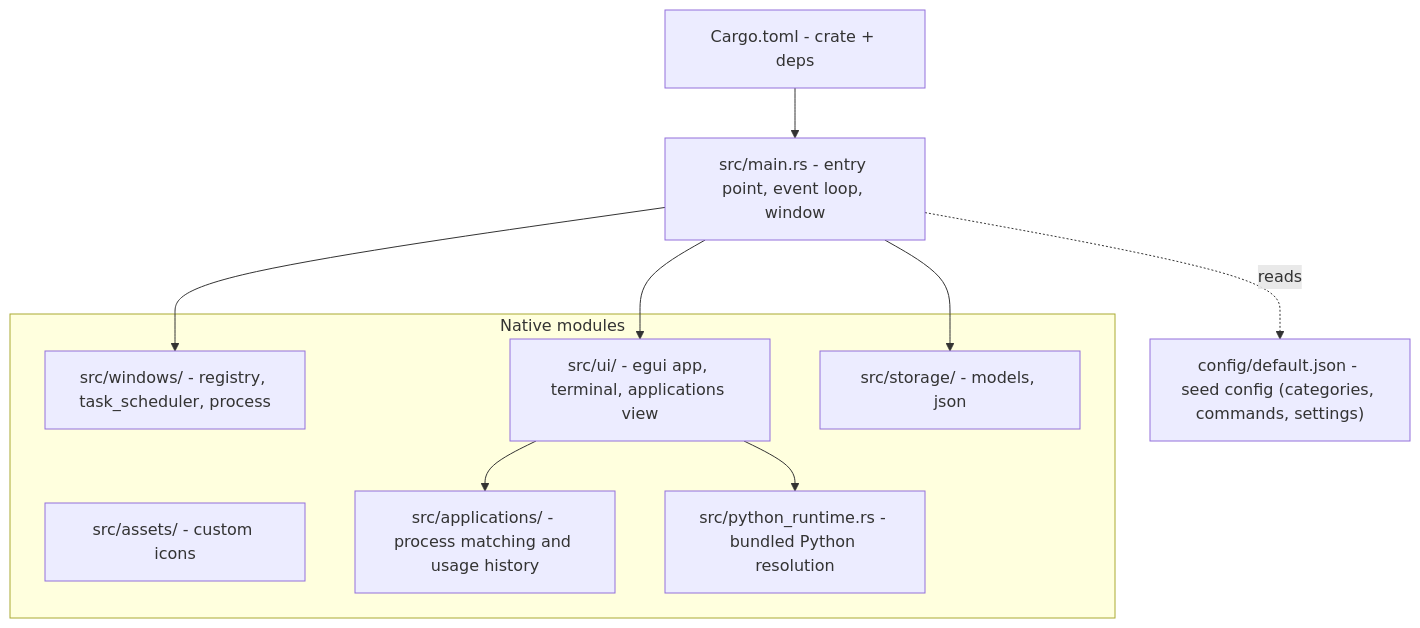
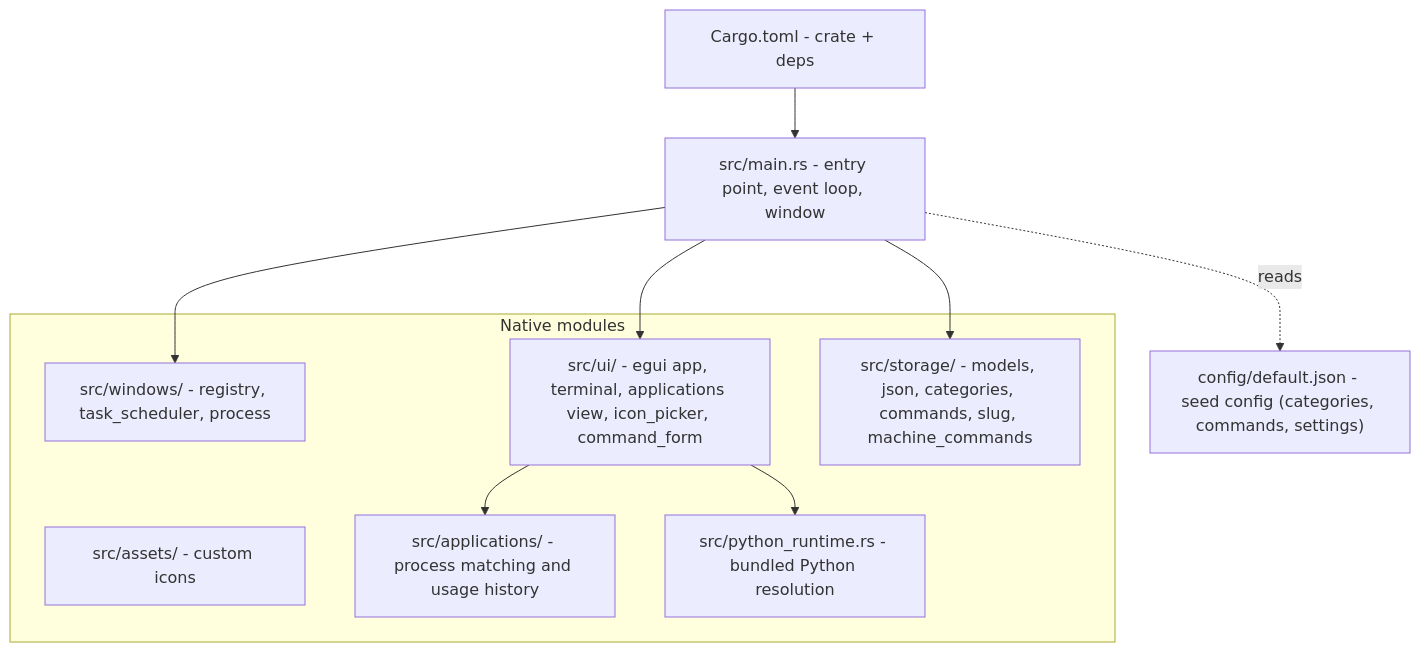
Before and after one commit to RebelliousSmile/DevToolBox: the diagram in aidd_docs/memory/codebase-map.md, drawn with Mermaid. The commit also changed 1 other file, not shown here.

Commit message:
docs: capture learnings from the preferences-config-editor plan
New decision record for the Préférences variant-group row consolidation
(and the move_atom rotate_left-vs-splice gotcha it surfaced), plus a
codebase-map.md refresh for the new storage/ui modules this plan added.

````diff
--- a/aidd_docs/memory/codebase-map.md
+++ b/aidd_docs/memory/codebase-map.md
@@ -6,24 +6,24 @@
 ```mermaid
 flowchart TD
     MAIN["src/main.rs - entry point, event loop, window"]
     CFG["config/default.json - seed config (categories, commands, settings)"]
     CARGO["Cargo.toml - crate + deps"]
 
     MAIN -.reads.-> CFG
     CARGO --> MAIN
 
     subgraph Native["Native modules"]
         WINMOD["src/windows/ - registry, task_scheduler, process"]
-        UIMOD["src/ui/ - egui app, terminal, applications view"]
-        STOREMOD["src/storage/ - models, json"]
+        UIMOD["src/ui/ - egui app, terminal, applications view, icon_picker, command_form"]
+        STOREMOD["src/storage/ - models, json, categories, commands, slug, machine_commands"]
         ASSETS["src/assets/ - custom icons"]
         APPMOD["src/applications/ - process matching and usage history"]
         PYRUN["src/python_runtime.rs - bundled Python resolution"]
     end
 
     MAIN --> WINMOD
     MAIN --> UIMOD
     MAIN --> STOREMOD
     UIMOD --> APPMOD
     UIMOD --> PYRUN
 ```
````
